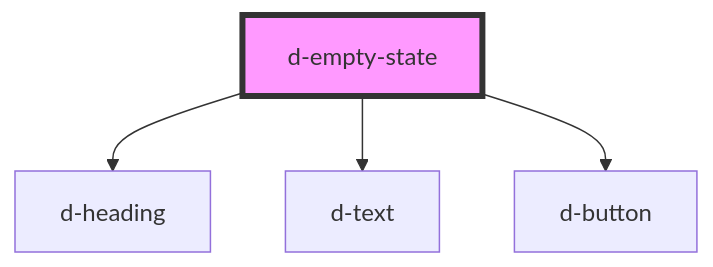
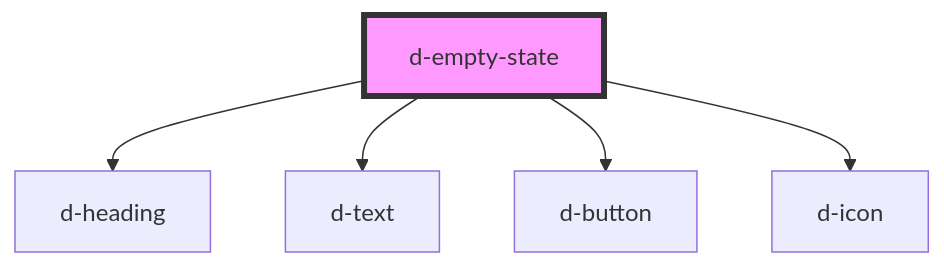
Before and after one commit to ForkbombEu/didroom-components: the diagram in src/components/empty-state/readme.md, drawn with Mermaid. The commit also changed other lines of this file and 12 other files, not shown here.

````diff
--- a/src/components/empty-state/readme.md
+++ b/src/components/empty-state/readme.md
@@ -34,7 +35,8 @@
 ```mermaid
 graph TD;
   d-empty-state --> d-heading
   d-empty-state --> d-text
   d-empty-state --> d-button
+  d-empty-state --> d-icon
   style d-empty-state fill:#f9f,stroke:#333,stroke-width:4px
 ```
````
